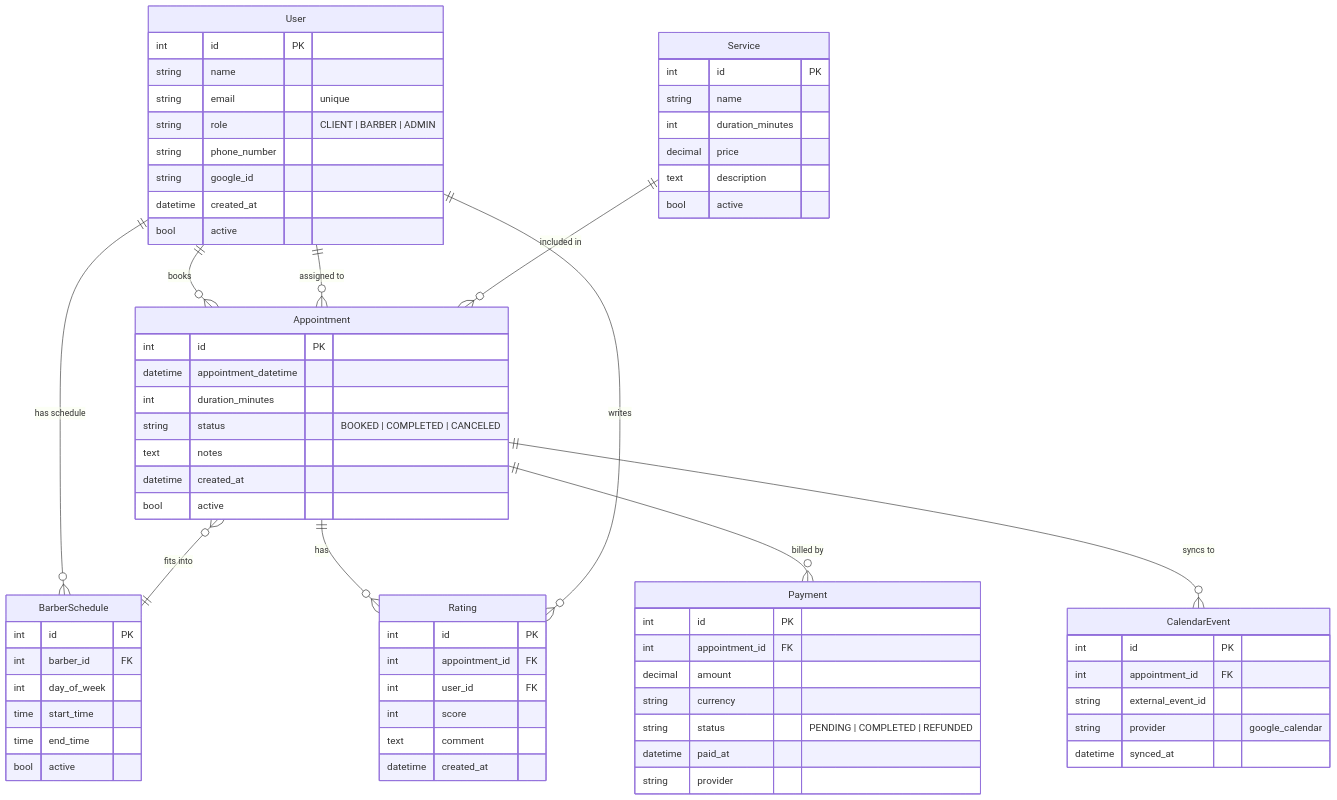
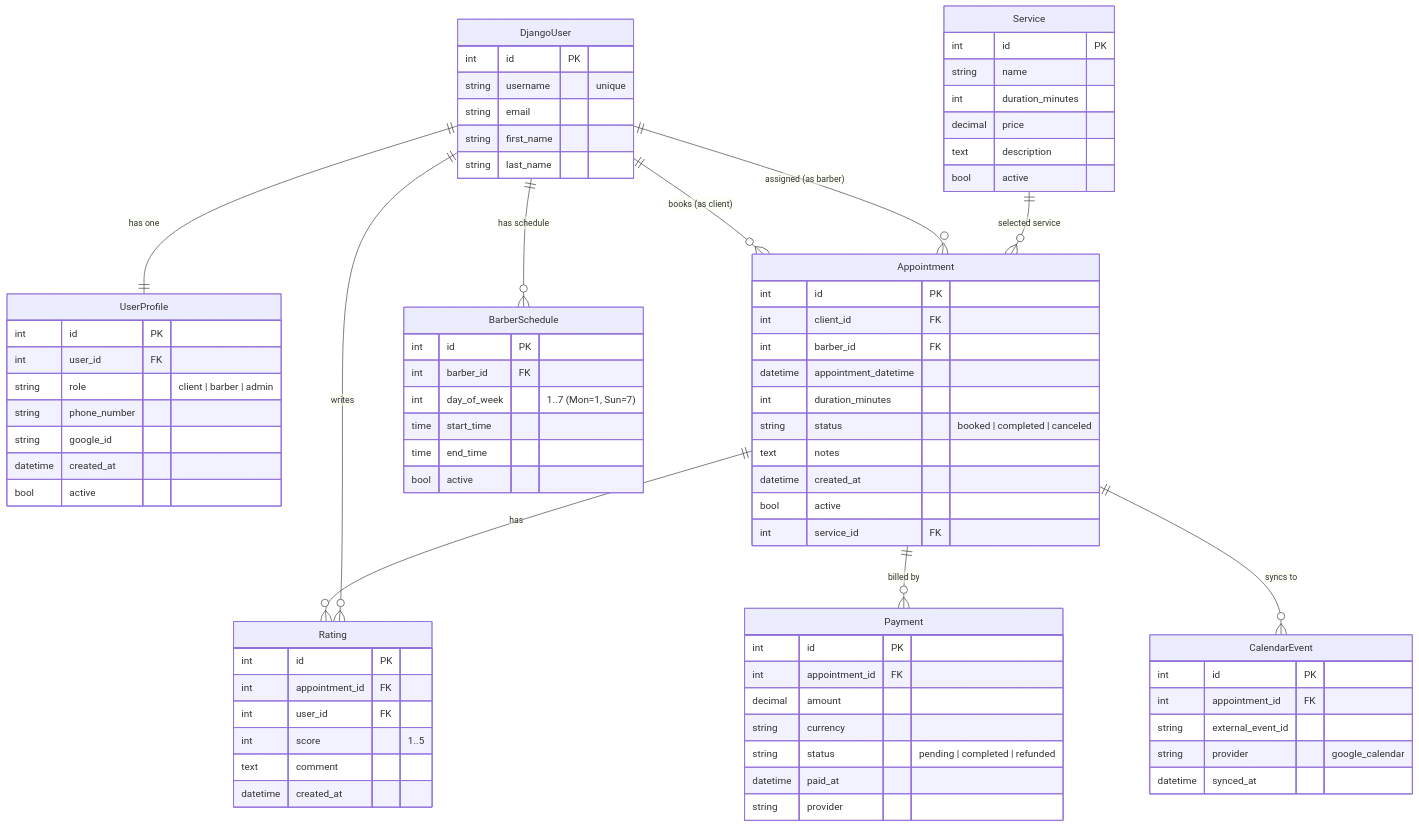
The diagram in ReadMe.md (chavarc97/barbershop), drawn with Mermaid before and after one commit.

Commit message:
Revise ER diagram in ReadMe.md
Updated the ER diagram

````diff
--- a/ReadMe.md
+++ b/ReadMe.md
@@ -71,18 +71,23 @@
 ```mermaid
 erDiagram
-    %% Users: clients, barbers, admins
-    User {
+    DjangoUser {
         int id PK
-        string name
-        string email "unique"
-        string role "CLIENT | BARBER | ADMIN"
+        string username "unique"
+        string email
+        string first_name
+        string last_name
+    }
+
+    UserProfile {
+        int id PK
+        int user_id FK
+        string role "client | barber | admin"
         string phone_number
         string google_id
         datetime created_at
         bool active
     }
 
-    %% Services offered by the barbershop
     Service {
         int id PK
         string name
@@ -92,49 +97,47 @@
         bool active
     }
 
-    %% Appointments (bookings)
     Appointment {
         int id PK
+        int client_id FK
+        int barber_id FK
         datetime appointment_datetime
         int duration_minutes
-        string status "BOOKED | COMPLETED | CANCELED"
+        string status "booked | completed | canceled"
         text notes
         datetime created_at
         bool active
+        int service_id FK
     }
 
-    %% Barber weekly schedule (availability)
     BarberSchedule {
         int id PK
         int barber_id FK
-        int day_of_week
+        int day_of_week "1..7 (Mon=1, Sun=7)"
         time start_time
         time end_time
         bool active
     }
 
-    %% Ratings and reviews for completed appointments
     Rating {
         int id PK
         int appointment_id FK
         int user_id FK
-        int score
+        int score "1..5"
         text comment
         datetime created_at
     }
 
-    %% Payments / transactions for appointments (optional)
     Payment {
         int id PK
         int appointment_id FK
         decimal amount
         string currency
-        string status "PENDING | COMPLETED | REFUNDED"
+        string status "pending | completed | refunded"
         datetime paid_at
         string provider
     }
 
-    %% Optional: External calendar event mapping
     CalendarEvent {
         int id PK
         int appointment_id FK
@@ -143,32 +146,19 @@
         datetime synced_at
     }
 
-    %% Relationships
-    %% User (client) books many Appointments
-    User ||--o{ Appointment : "books"
+    %% Relations
+    DjangoUser ||--|| UserProfile : "has one"
+    DjangoUser ||--o{ Appointment : "books (as client)"
+    DjangoUser ||--o{ Appointment : "assigned (as barber)"
+    DjangoUser ||--o{ BarberSchedule : "has schedule"
 
-    %% A barber (User with role=BARBER) can be assigned to many Appointments
-    User ||--o{ BarberSchedule : "has schedule"
-    User ||--o{ Appointment : "assigned to"
+    Service ||--o{ Appointment : "selected service"
 
-    %% Service included in many Appointments (one Appointment has one Service)
-    Service ||--o{ Appointment : "included in"
+    Appointment ||--o{ Rating : "has"
+    DjangoUser ||--o{ Rating : "writes"
 
-    %% Appointment may reference a BarberSchedule (optional)
-    Appointment }o--|| BarberSchedule : "fits into"
-
-    %% Ratings belong to an Appointment and to a User
-    Appointment ||--o{ Rating : "has"
-    User ||--o{ Rating : "writes"
-
-    %% Payments are linked to Appointments
     Appointment ||--o{ Payment : "billed by"
-
-    %% CalendarEvent ties an Appointment to an external calendar
     Appointment ||--o{ CalendarEvent : "syncs to"
 
-  
-    %% Notes:
-    %% - Users table stores both clients and barbers; barber-specific fields can be added in a profile table if needed.
-    %% - BarberSchedule uses day_of_week (0-6) and start/end times to define availability.
+
 ```
````
